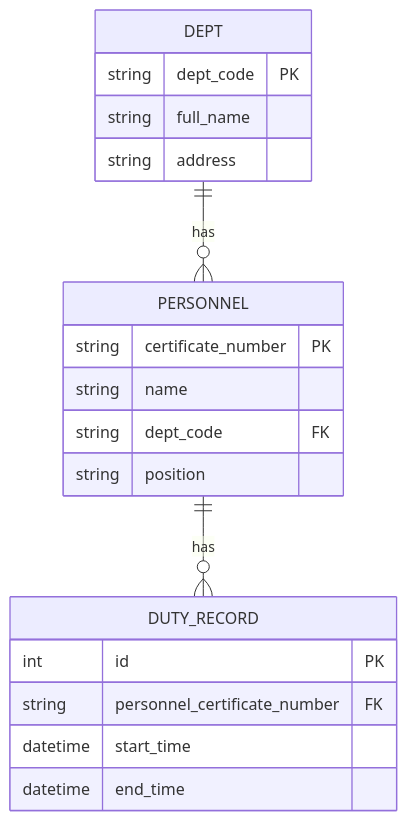
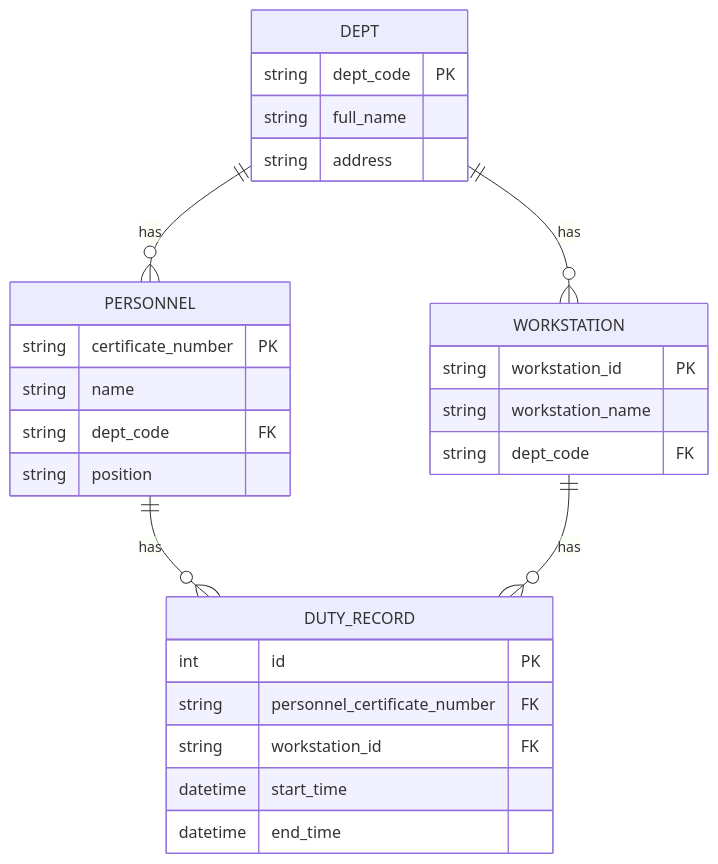
One commit to PrinZzzzjn/software-engineering-textbook changed the second of 2 diagrams in 软件工程实践-2.0/04-软件设计与建模.md. Above: the diagram before and after it, drawn with Mermaid. The commit also changed other lines of this file and 78 other files, not shown here.

````diff
--- a/软件工程实践-2.0/04-软件设计与建模.md
+++ b/软件工程实践-2.0/04-软件设计与建模.md
@@ -115,22 +115,30 @@
 ```mermaid
 erDiagram
     DEPT ||--o{ PERSONNEL : has
+    DEPT ||--o{ WORKSTATION : has
     PERSONNEL ||--o{ DUTY_RECORD : has
+    WORKSTATION ||--o{ DUTY_RECORD : has
     DEPT {
         string dept_code PK
         string full_name
         string address
     }
     PERSONNEL {
         string certificate_number PK
         string name
         string dept_code FK
         string position
     }
+    WORKSTATION {
+        string workstation_id PK
+        string workstation_name
+        string dept_code FK
+    }
     DUTY_RECORD {
         int id PK
         string personnel_certificate_number FK
+        string workstation_id FK
         datetime start_time
         datetime end_time
     }
 ```
````
